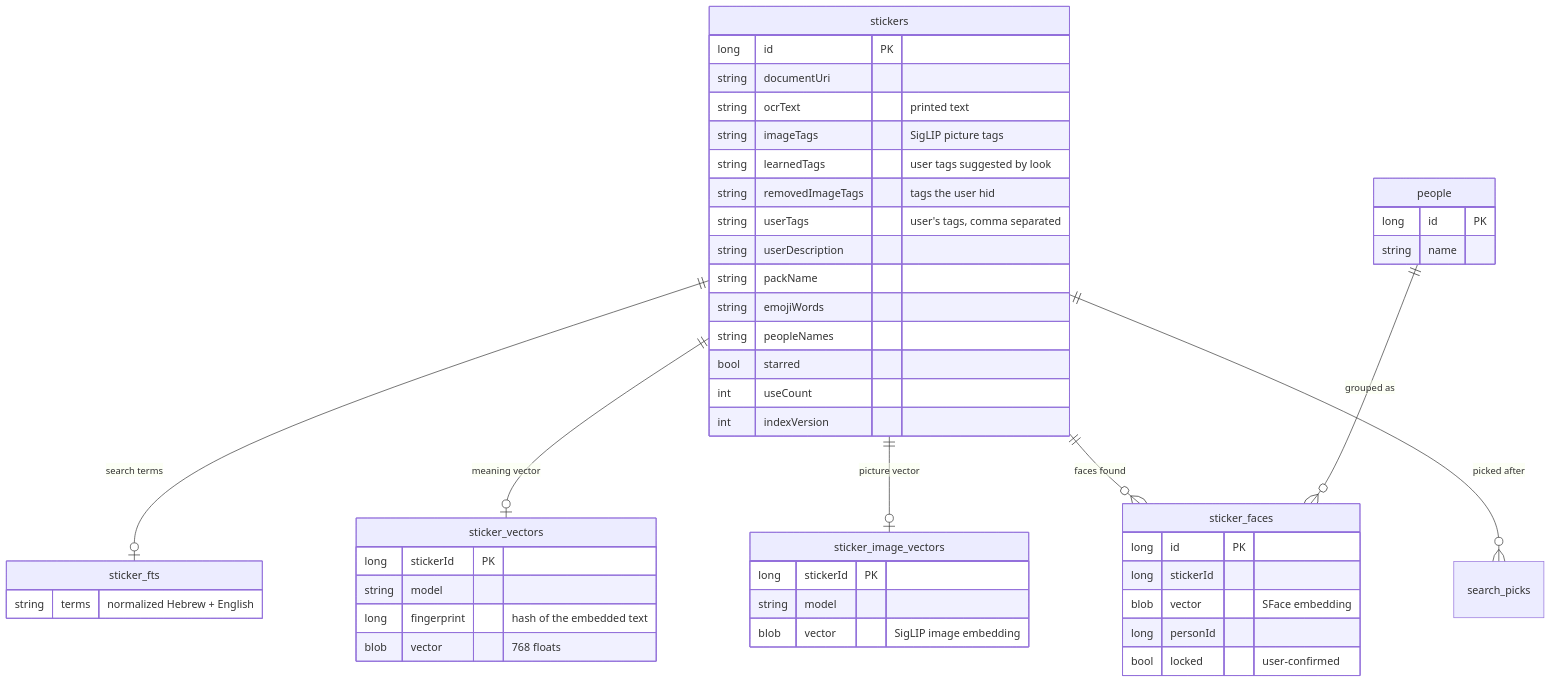
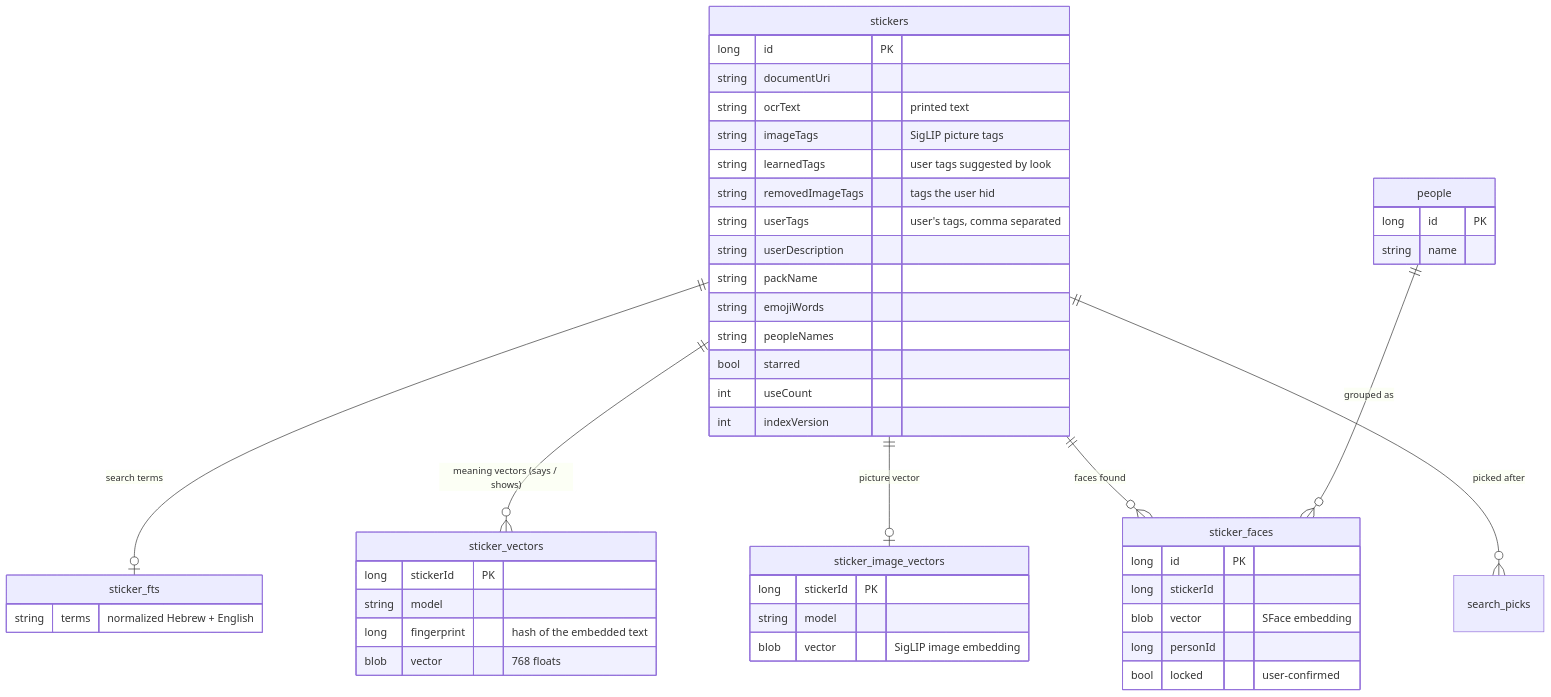
One commit to Eyal98/Whatsapp-sticker-finder changed the third of 7 diagrams in docs/ARCHITECTURE.md. Above: the diagram before and after it, drawn with Mermaid. The commit also changed other lines of this file and 9 other files, not shown here.

First line of the commit message:
Meaning search: separate 'says' and 'shows' vectors, per-search cut-off, no pack flooding

````diff
--- a/docs/ARCHITECTURE.md
+++ b/docs/ARCHITECTURE.md
@@ -85,51 +85,51 @@
 ```mermaid
 erDiagram
     stickers ||--o| sticker_fts : "search terms"
-    stickers ||--o| sticker_vectors : "meaning vector"
+    stickers ||--o{ sticker_vectors : "meaning vectors (says / shows)"
     stickers ||--o| sticker_image_vectors : "picture vector"
     stickers ||--o{ sticker_faces : "faces found"
     people ||--o{ sticker_faces : "grouped as"
     stickers ||--o{ search_picks : "picked after"
 
     stickers {
         long id PK
         string documentUri
         string ocrText "printed text"
         string imageTags "SigLIP picture tags"
         string learnedTags "user tags suggested by look"
         string removedImageTags "tags the user hid"
         string userTags "user's tags, comma separated"
         string userDescription
         string packName
         string emojiWords
         string peopleNames
         bool starred
         int useCount
         int indexVersion
     }
     sticker_fts {
         string terms "normalized Hebrew + English"
     }
     sticker_vectors {
         long stickerId PK
         string model
         long fingerprint "hash of the embedded text"
         blob vector "768 floats"
     }
     sticker_image_vectors {
         long stickerId PK
         string model
         blob vector "SigLIP image embedding"
     }
     sticker_faces {
         long id PK
         long stickerId
         blob vector "SFace embedding"
         long personId
         bool locked "user-confirmed"
     }
     people {
         long id PK
         string name
     }
 ```
````
